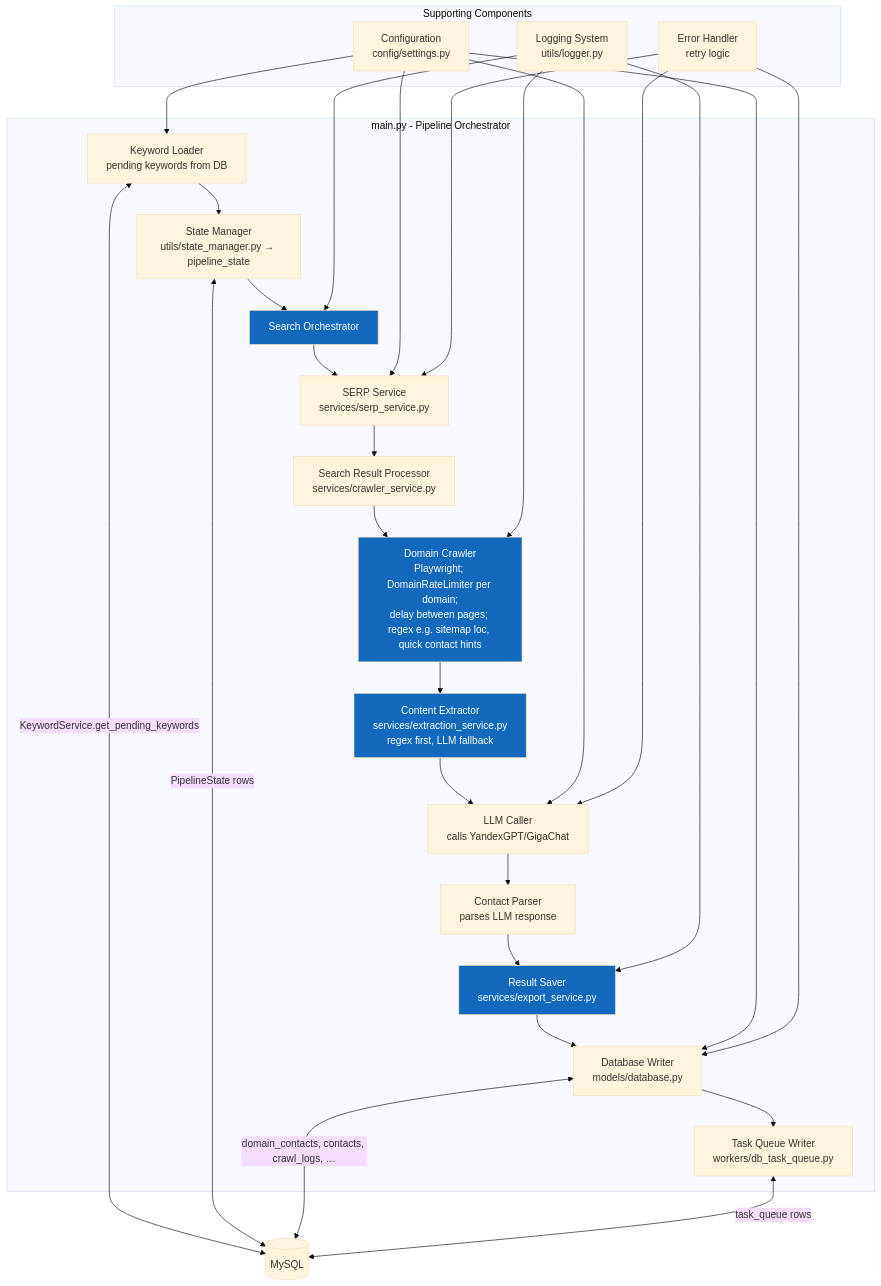
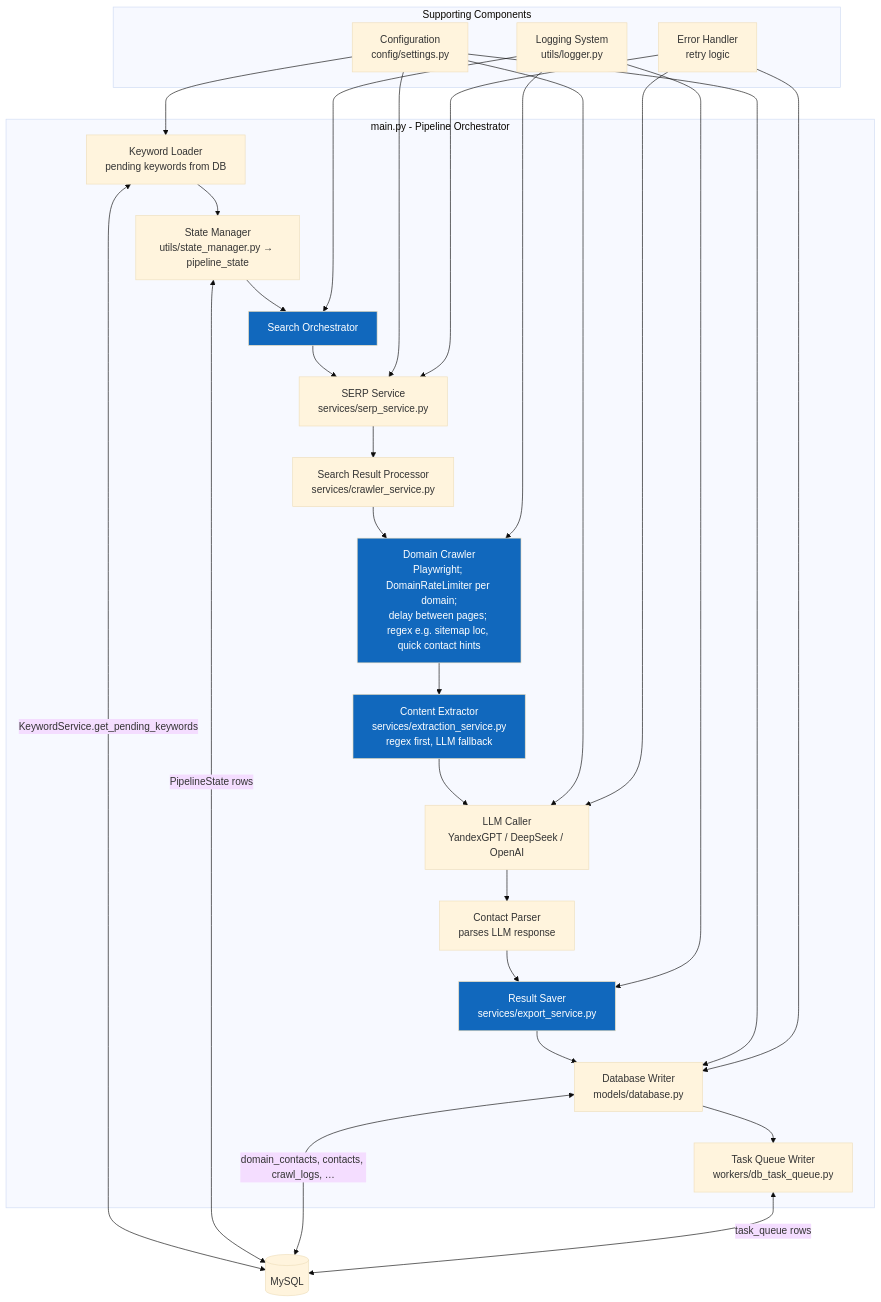
Before and after one commit to hauptmann1971/b2b-contact-miner: the third of 8 diagrams in doc/C4_ARCHITECTURE.md, drawn with Mermaid (base theme). The commit also changed other lines of this file and 11 other files, not shown here.

````diff
--- a/doc/C4_ARCHITECTURE.md
+++ b/doc/C4_ARCHITECTURE.md
@@ -86,51 +86,51 @@
 ```mermaid
 graph TB
     subgraph "main.py - Pipeline Orchestrator"
         KeywordLoader[Keyword Loader<br/>pending keywords from DB] --> StateManager[State Manager<br/>utils/state_manager.py → pipeline_state]
         StateManager --> SearchOrchestrator[Search Orchestrator]
         
         SearchOrchestrator --> SERPGetter[SERP Service<br/>services/serp_service.py]
         SERPGetter --> SearchResultProcessor[Search Result Processor<br/>services/crawler_service.py]
         
         SearchResultProcessor --> DomainCrawler[Domain Crawler<br/>Playwright; DomainRateLimiter per domain;<br/>delay between pages; regex e.g. sitemap loc, quick contact hints]
         DomainCrawler --> ContentExtractor[Content Extractor<br/>services/extraction_service.py<br/>regex first, LLM fallback]
         
-        ContentExtractor --> LLMCaller[LLM Caller<br/>calls YandexGPT/GigaChat]
+        ContentExtractor --> LLMCaller[LLM Caller<br/>YandexGPT / DeepSeek / OpenAI]
         LLMCaller --> ContactParser[Contact Parser<br/>parses LLM response]
         
         ContactParser --> ResultSaver[Result Saver<br/>services/export_service.py]
         ResultSaver --> DBWriter[Database Writer<br/>models/database.py]
         
         DBWriter --> TaskQueueWriter[Task Queue Writer<br/>workers/db_task_queue.py]
     end
     
     MySQL[(MySQL)]
     KeywordLoader <-->|KeywordService.get_pending_keywords| MySQL
     StateManager <-->|PipelineState rows| MySQL
     DBWriter <-->|domain_contacts, contacts, crawl_logs, …| MySQL
     TaskQueueWriter <-->|task_queue rows| MySQL
     
     subgraph "Supporting Components"
         Config[Configuration<br/>config/settings.py]
         Logger[Logging System<br/>utils/logger.py]
         ErrorHandler[Error Handler<br/>retry logic]
     end
     
     Config --> KeywordLoader
     Config --> SERPGetter
     Config --> LLMCaller
     Config --> DBWriter
     
     Logger --> SearchOrchestrator
     Logger --> DomainCrawler
     Logger --> ResultSaver
     
     ErrorHandler --> SERPGetter
     ErrorHandler --> LLMCaller
     ErrorHandler --> DBWriter
     
     style SearchOrchestrator fill:#1168bd,color:#fff
     style DomainCrawler fill:#1168bd,color:#fff
     style ContentExtractor fill:#1168bd,color:#fff
     style ResultSaver fill:#1168bd,color:#fff
 ```
````
